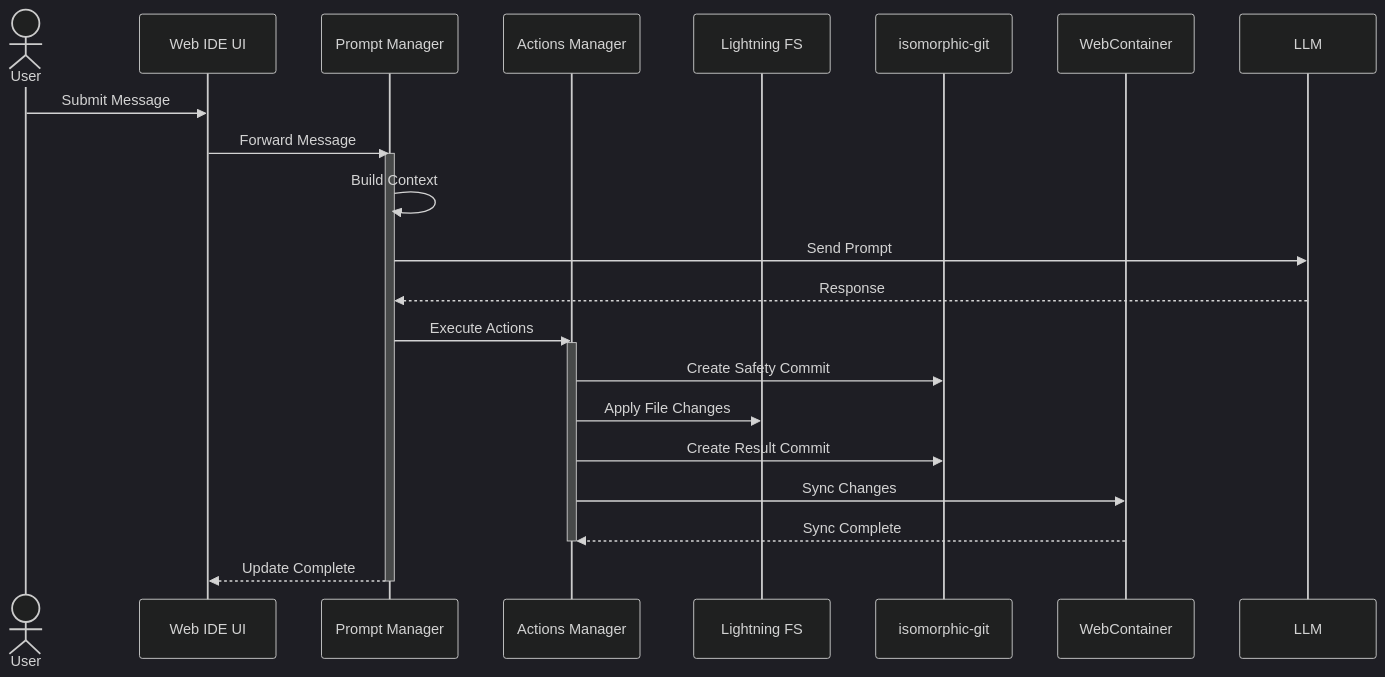
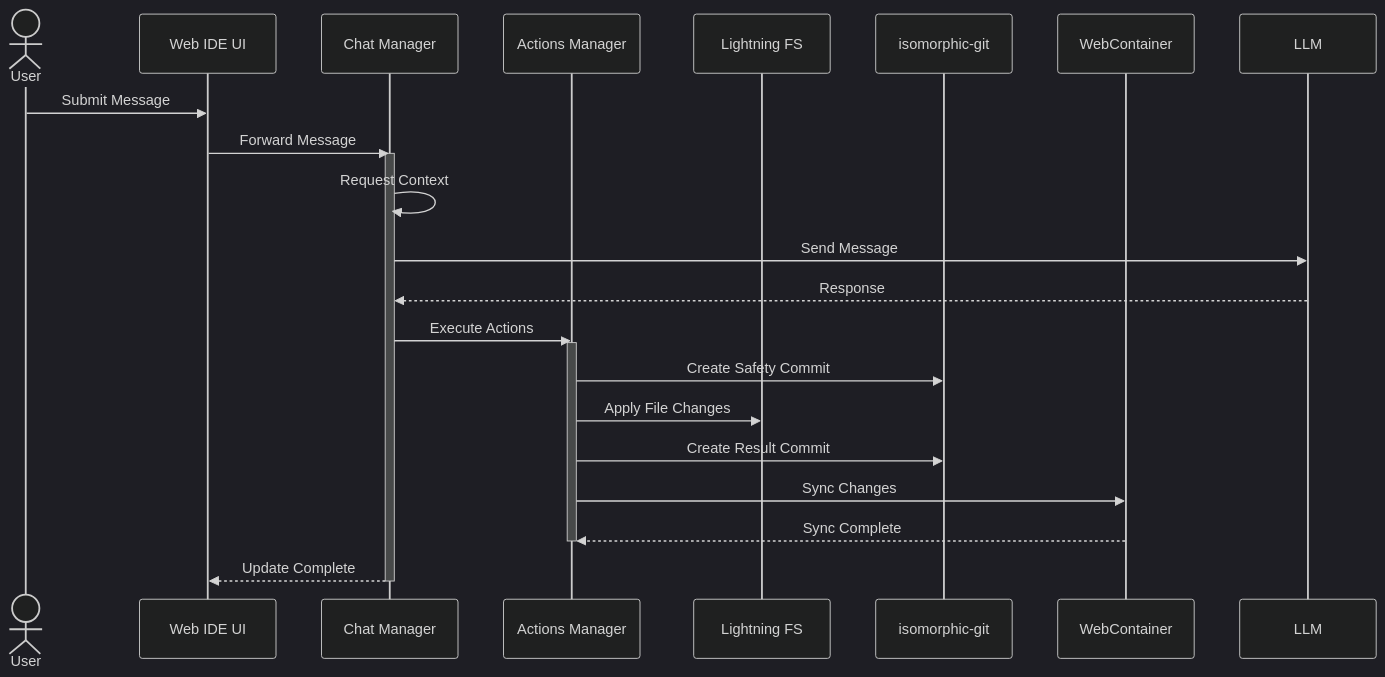
Before and after one commit to mrsimpson/piddie: the second of 21 diagrams in architecture.md, drawn with Mermaid (dark theme). The commit also changed other lines of this file, not shown here.

Commit message:
Architecture: Introduce dedicated context management

````diff
--- a/architecture.md
+++ b/architecture.md
@@ -75,30 +75,30 @@
 ```mermaid
 sequenceDiagram
     actor User
     participant UI as Web IDE UI
-    participant PM as Prompt Manager
+    participant CHM as Chat Manager
     participant AM as Actions Manager
     participant LFS as Lightning FS
     participant IG as isomorphic-git
     participant WC as WebContainer
     
     User->>UI: Submit Message
-    UI->>PM: Forward Message
+    UI->>CHM: Forward Message
     
-    activate PM
-    PM->>PM: Build Context
-    PM->>LLM: Send Prompt
-    LLM-->>PM: Response
-    PM->>AM: Execute Actions
+    activate CHM
+    CHM->>CHM: Request Context
+    CHM->>LLM: Send Message
+    LLM-->>CHM: Response
+    CHM->>AM: Execute Actions
     
     activate AM
     AM->>IG: Create Safety Commit
     AM->>LFS: Apply File Changes
     AM->>IG: Create Result Commit
     AM->>WC: Sync Changes
     WC-->>AM: Sync Complete
     deactivate AM
     
-    PM-->>UI: Update Complete
-    deactivate PM
+    CHM-->>UI: Update Complete
+    deactivate CHM
 ```
````
